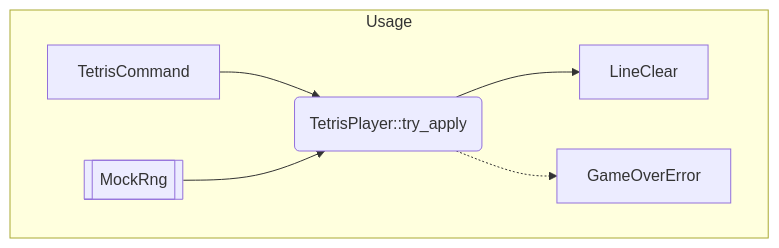
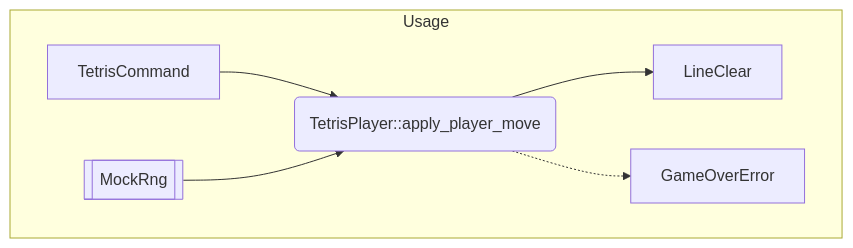
Before and after one commit to inesvar/tetris: the diagram in core_tetris/src/tetris_player_usage.mmd, drawn with Mermaid. The commit also changed 9 other files, not shown here.

Commit message:
core_tetris: Rename PlayerTetris::try_apply -> apply_player_move

```diff
--- a/core_tetris/src/tetris_player_usage.mmd
+++ b/core_tetris/src/tetris_player_usage.mmd
@@ -1,15 +1,15 @@
 graph LR
     %% objects
-    TetrisPlayer::try_apply(TetrisPlayer::try_apply)
+    TetrisPlayer::apply_player_move(TetrisPlayer::apply_player_move)
     TetrisCommand[TetrisCommand]
     MockRng[[MockRng]]
     LineClear[LineClear]
     GameOverError[GameOverError]
 
     subgraph Usage
         direction LR
-        TetrisCommand --> TetrisPlayer::try_apply
-        MockRng --> TetrisPlayer::try_apply
-        TetrisPlayer::try_apply --> LineClear
-        TetrisPlayer::try_apply -.-> GameOverError
+        TetrisCommand --> TetrisPlayer::apply_player_move
+        MockRng --> TetrisPlayer::apply_player_move
+        TetrisPlayer::apply_player_move --> LineClear
+        TetrisPlayer::apply_player_move -.-> GameOverError
     end
```
